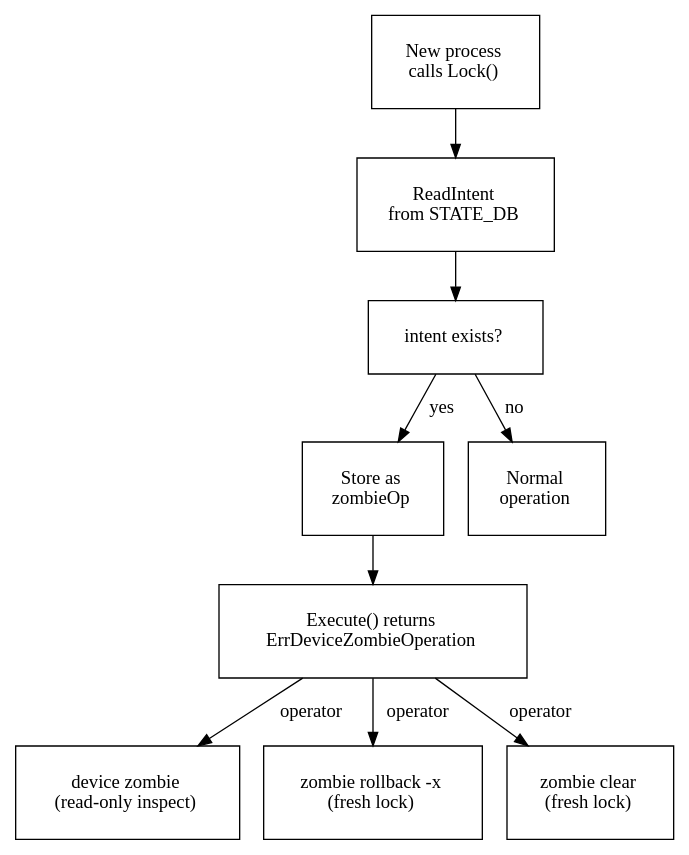
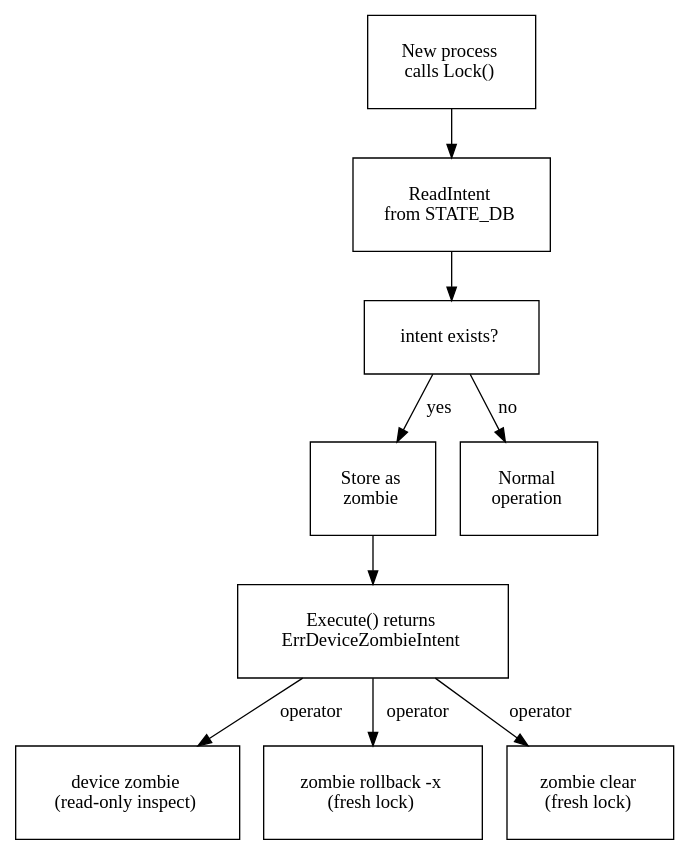
One commit to aldrin-isaac/newtron changed the diagram in docs/diagrams/intent-zombie-resolution.dot. Above: the diagram before and after it, drawn with Graphviz. The commit also changed 51 other files, not shown here.

```diff
--- a/docs/diagrams/intent-zombie-resolution.dot
+++ b/docs/diagrams/intent-zombie-resolution.dot
@@ -1,14 +1,14 @@
 digraph {
     rankdir=TB;
     node [shape=box];
 
     "\n  New process  \n  calls Lock()  \n\n" -> "\n  ReadIntent  \n  from STATE_DB  \n\n";
     "\n  ReadIntent  \n  from STATE_DB  \n\n" -> "\n  intent exists?  \n\n";
-    "\n  intent exists?  \n\n" -> "\n  Store as  \n  zombieOp  \n\n" [label=" yes"];
+    "\n  intent exists?  \n\n" -> "\n  Store as  \n  zombie  \n\n" [label=" yes"];
     "\n  intent exists?  \n\n" -> "\n  Normal  \n  operation  \n\n" [label=" no"];
-    "\n  Store as  \n  zombieOp  \n\n" -> "\n  Execute() returns  \n  ErrDeviceZombieOperation  \n\n";
+    "\n  Store as  \n  zombie  \n\n" -> "\n  Execute() returns  \n  ErrDeviceZombieIntent  \n\n";
 
-    "\n  Execute() returns  \n  ErrDeviceZombieOperation  \n\n" -> "\n  device zombie  \n  (read-only inspect)  \n\n" [label=" operator"];
-    "\n  Execute() returns  \n  ErrDeviceZombieOperation  \n\n" -> "\n  zombie rollback -x  \n  (fresh lock)  \n\n" [label=" operator"];
-    "\n  Execute() returns  \n  ErrDeviceZombieOperation  \n\n" -> "\n  zombie clear  \n  (fresh lock)  \n\n" [label=" operator"];
+    "\n  Execute() returns  \n  ErrDeviceZombieIntent  \n\n" -> "\n  device zombie  \n  (read-only inspect)  \n\n" [label=" operator"];
+    "\n  Execute() returns  \n  ErrDeviceZombieIntent  \n\n" -> "\n  zombie rollback -x  \n  (fresh lock)  \n\n" [label=" operator"];
+    "\n  Execute() returns  \n  ErrDeviceZombieIntent  \n\n" -> "\n  zombie clear  \n  (fresh lock)  \n\n" [label=" operator"];
 }
```
